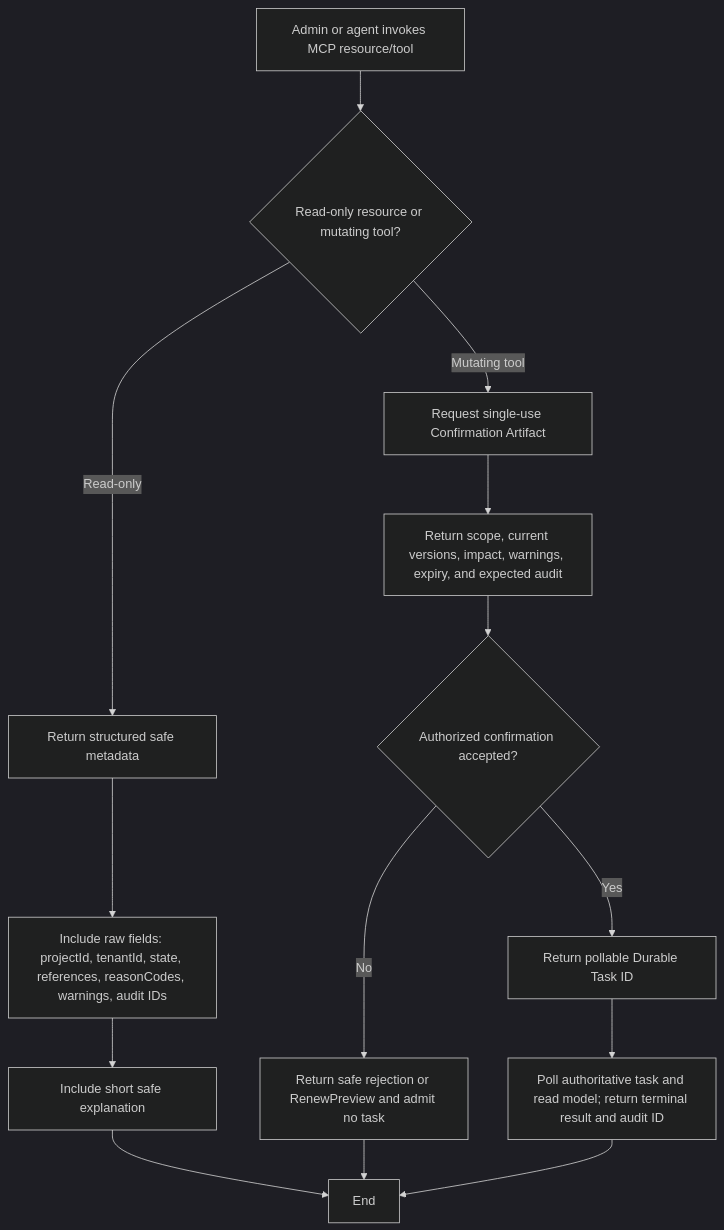
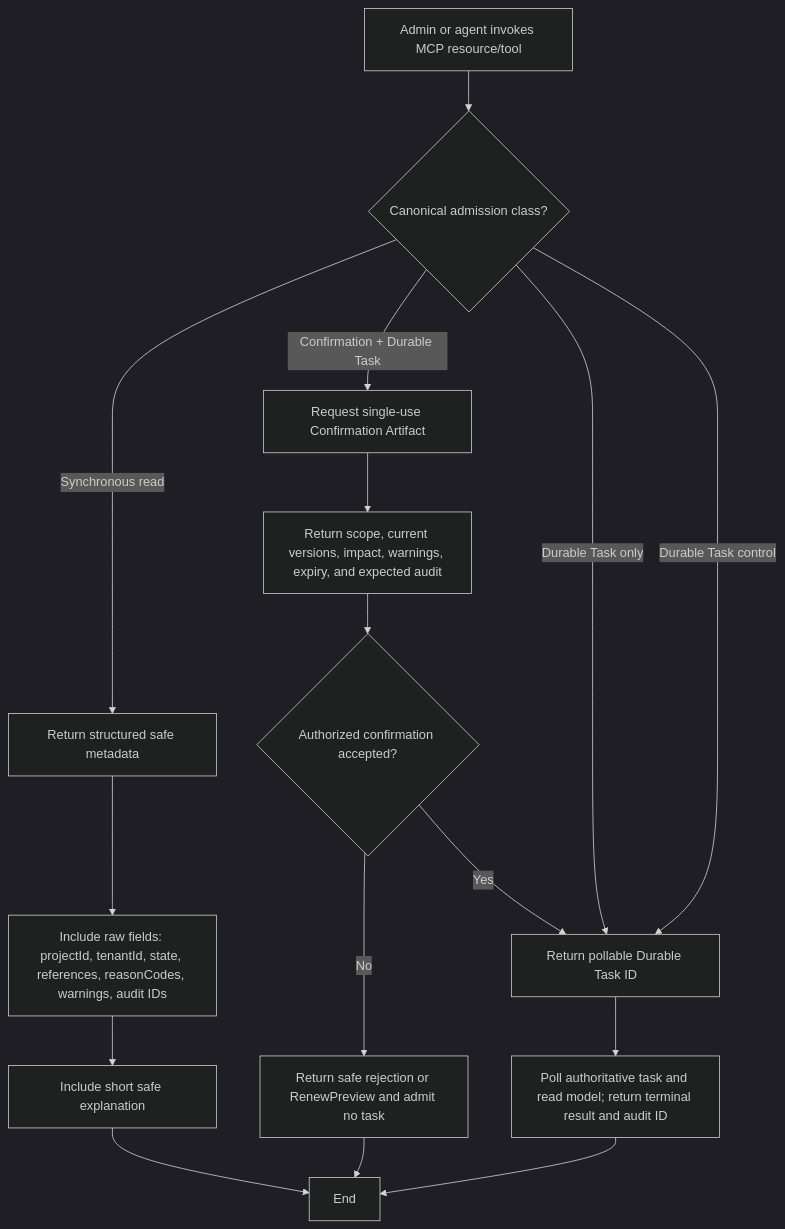
One commit to Hexalith/Hexalith.Projects changed the third of 3 diagrams in _bmad-output/planning-artifacts/ux-design-specification.md. Above: the diagram before and after it, drawn with Mermaid (dark theme). The commit also changed other lines of this file and 18 other files, not shown here.

````diff
--- a/_bmad-output/planning-artifacts/ux-design-specification.md
+++ b/_bmad-output/planning-artifacts/ux-design-specification.md
@@ -681,16 +701,18 @@
 ```mermaid
 flowchart TD
-    A[Admin or agent invokes MCP resource/tool] --> B{Read-only resource or mutating tool?}
-    B -- Read-only --> C[Return structured safe metadata]
+    A[Admin or agent invokes MCP resource/tool] --> B{Canonical admission class?}
+    B -- Synchronous read --> C[Return structured safe metadata]
     C --> D[Include raw fields: projectId, tenantId, state, references, reasonCodes, warnings, audit IDs]
     D --> E[Include short safe explanation]
-    B -- Mutating tool --> F[Request single-use Confirmation Artifact]
+    B -- Confirmation + Durable Task --> F[Request single-use Confirmation Artifact]
     F --> G[Return scope, current versions, impact, warnings, expiry, and expected audit]
     G --> H{Authorized confirmation accepted?}
     H -- No --> I[Return safe rejection or RenewPreview and admit no task]
     H -- Yes --> J[Return pollable Durable Task ID]
+    B -- Durable Task only --> J
+    B -- Durable Task control --> J
     J --> K[Poll authoritative task and read model; return terminal result and audit ID]
     E --> L[End]
     I --> L
     K --> L
 ```
````
